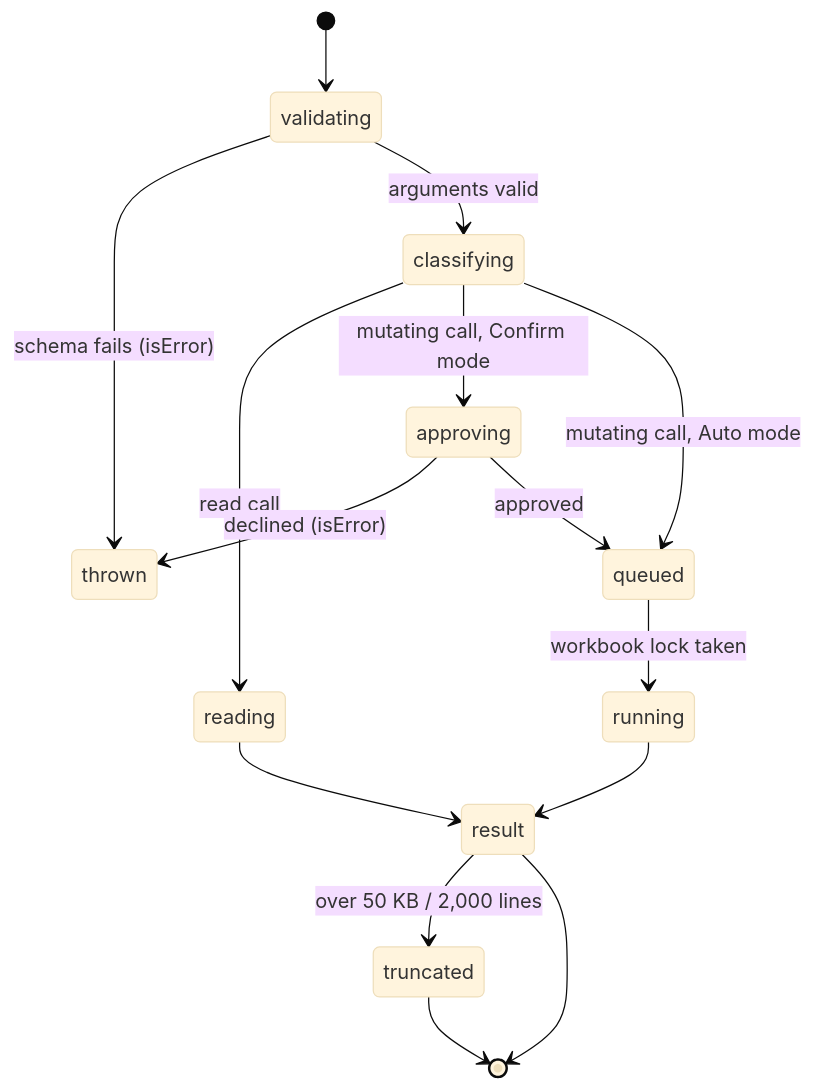
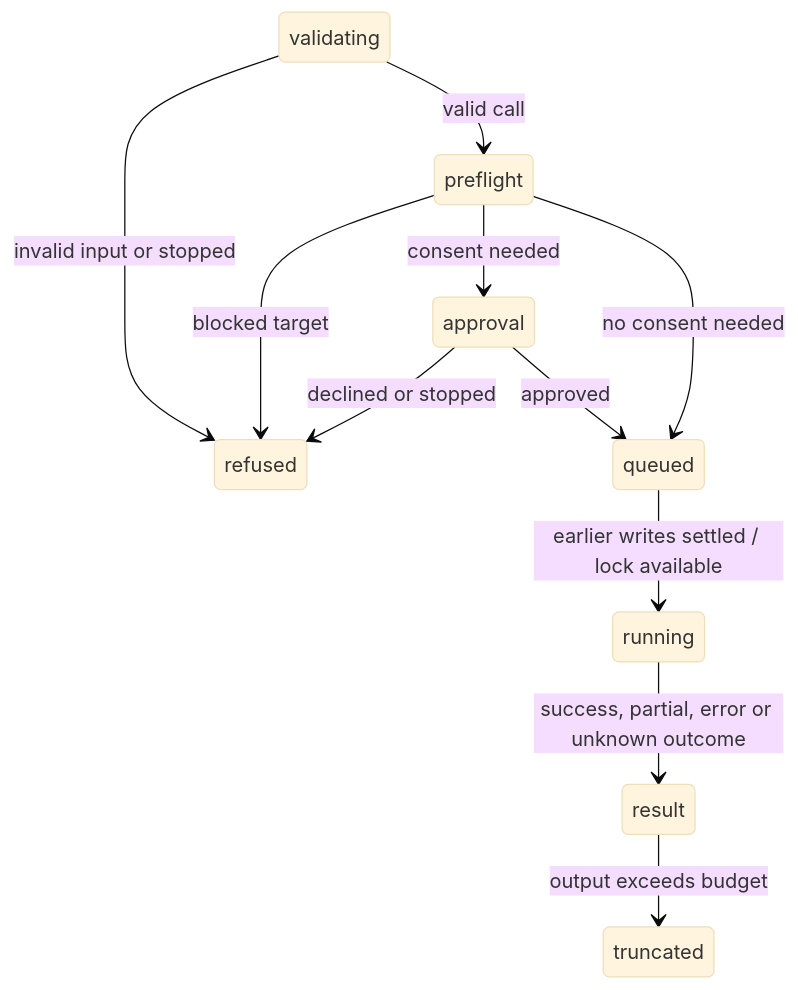
The diagram in agent-description/foundations/the-tool-contract.md (tmustier/pi-for-excel), drawn with Mermaid (base theme) before and after one commit. The commit also changed other lines of this file and 8 other files, not shown here.

````diff
--- a/agent-description/foundations/the-tool-contract.md
+++ b/agent-description/foundations/the-tool-contract.md
@@ -25,17 +13,13 @@
 ```mermaid
 stateDiagram-v2
-    [*] --> validating
-    validating --> thrown : schema fails (isError)
-    validating --> classifying : arguments valid
-    classifying --> reading : read call
-    classifying --> approving : mutating call, Confirm mode
-    classifying --> queued : mutating call, Auto mode
-    approving --> thrown : declined (isError)
-    approving --> queued : approved
-    queued --> running : workbook lock taken
-    reading --> result
-    running --> result
-    result --> truncated : over 50 KB / 2,000 lines
-    result --> [*]
-    truncated --> [*]
+    validating --> refused : invalid input or stopped
+    validating --> preflight : valid call
+    preflight --> refused : blocked target
+    preflight --> approval : consent needed
+    approval --> refused : declined or stopped
+    approval --> queued : approved
+    preflight --> queued : no consent needed
+    queued --> running : earlier writes settled / lock available
+    running --> result : success, partial, error or unknown outcome
+    result --> truncated : output exceeds budget
 ```
````
